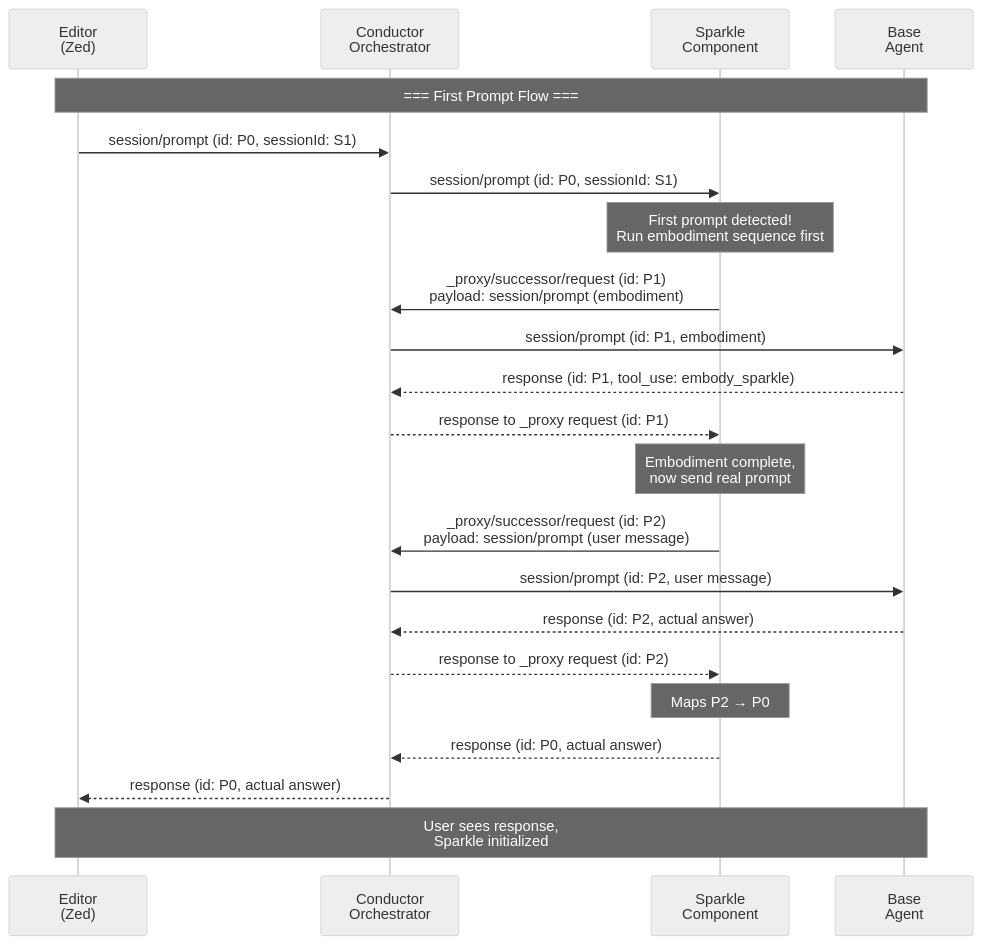
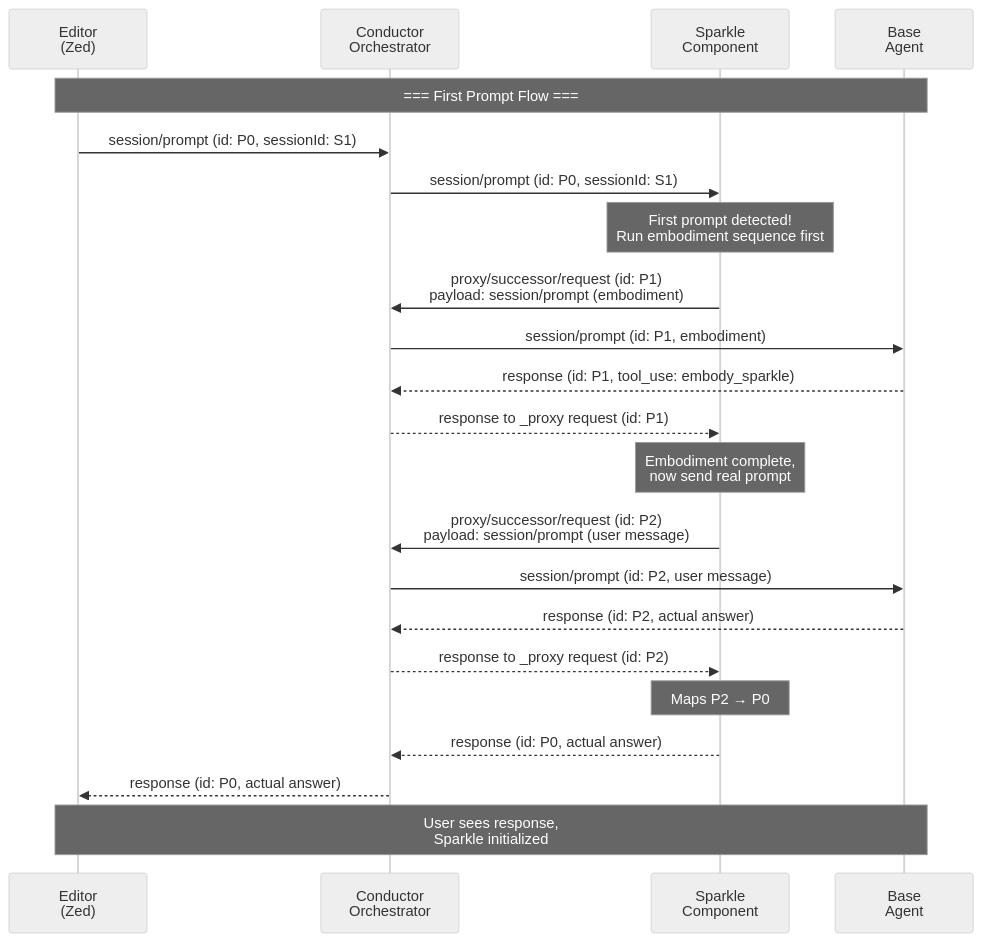
Before and after one commit to agentclientprotocol/rust-sdk: the fifth of 6 diagrams in md/proxying-acp.md, drawn with Mermaid (neutral theme). The commit also changed other lines of this file and 34 other files, not shown here.

First line of the commit message:
feat(acp)!: rename proxy methods to proxy/initialize and proxy/successor (#460)

````diff
--- a/md/proxying-acp.md
+++ b/md/proxying-acp.md
@@ -986,35 +991,35 @@
 ```mermaid
 sequenceDiagram
     participant Editor as Editor<br/>(Zed)
     participant Conductor as Conductor<br/>Orchestrator
     participant Sparkle as Sparkle<br/>Component
     participant Agent as Base<br/>Agent
 
     Note over Editor,Agent: === First Prompt Flow ===
 
     Editor->>Conductor: session/prompt (id: P0, sessionId: S1)
     Conductor->>Sparkle: session/prompt (id: P0, sessionId: S1)
 
     Note over Sparkle: First prompt detected!<br/>Run embodiment sequence first
 
-    Sparkle->>Conductor: _proxy/successor/request (id: P1)<br/>payload: session/prompt (embodiment)
+    Sparkle->>Conductor: proxy/successor/request (id: P1)<br/>payload: session/prompt (embodiment)
     Conductor->>Agent: session/prompt (id: P1, embodiment)
 
     Agent-->>Conductor: response (id: P1, tool_use: embody_sparkle)
     Conductor-->>Sparkle: response to _proxy request (id: P1)
 
     Note over Sparkle: Embodiment complete,<br/>now send real prompt
 
-    Sparkle->>Conductor: _proxy/successor/request (id: P2)<br/>payload: session/prompt (user message)
+    Sparkle->>Conductor: proxy/successor/request (id: P2)<br/>payload: session/prompt (user message)
     Conductor->>Agent: session/prompt (id: P2, user message)
 
     Agent-->>Conductor: response (id: P2, actual answer)
     Conductor-->>Sparkle: response to _proxy request (id: P2)
 
     Note over Sparkle: Maps P2 → P0
 
     Sparkle-->>Conductor: response (id: P0, actual answer)
     Conductor-->>Editor: response (id: P0, actual answer)
 
     Note over Editor,Agent: User sees response,<br/>Sparkle initialized
 ```
````
